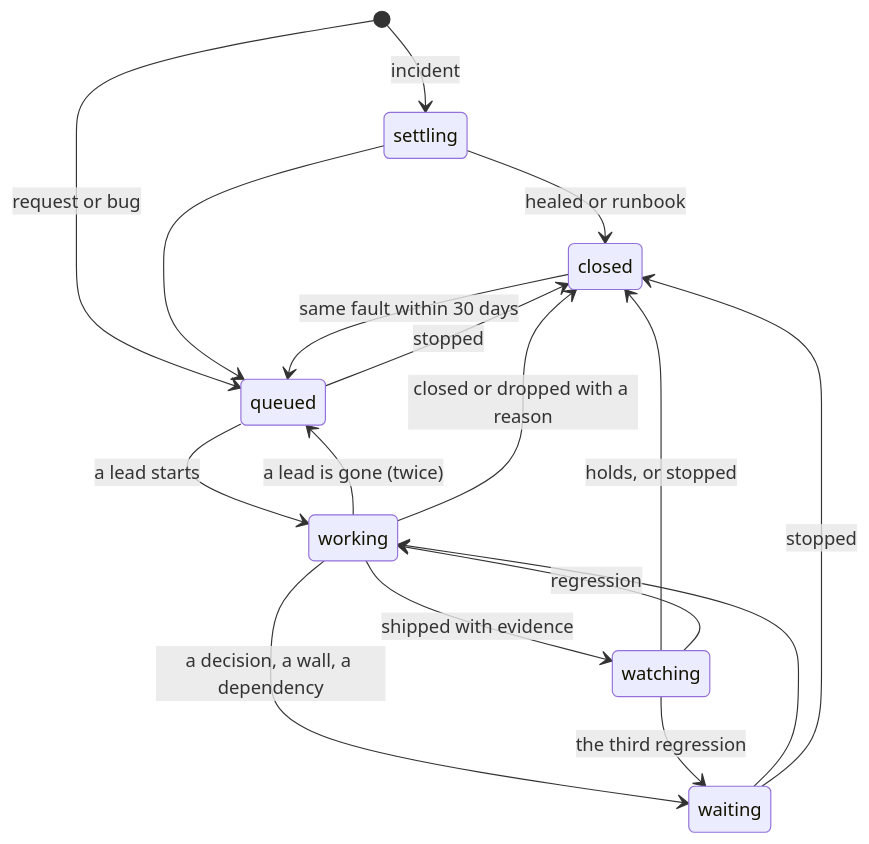
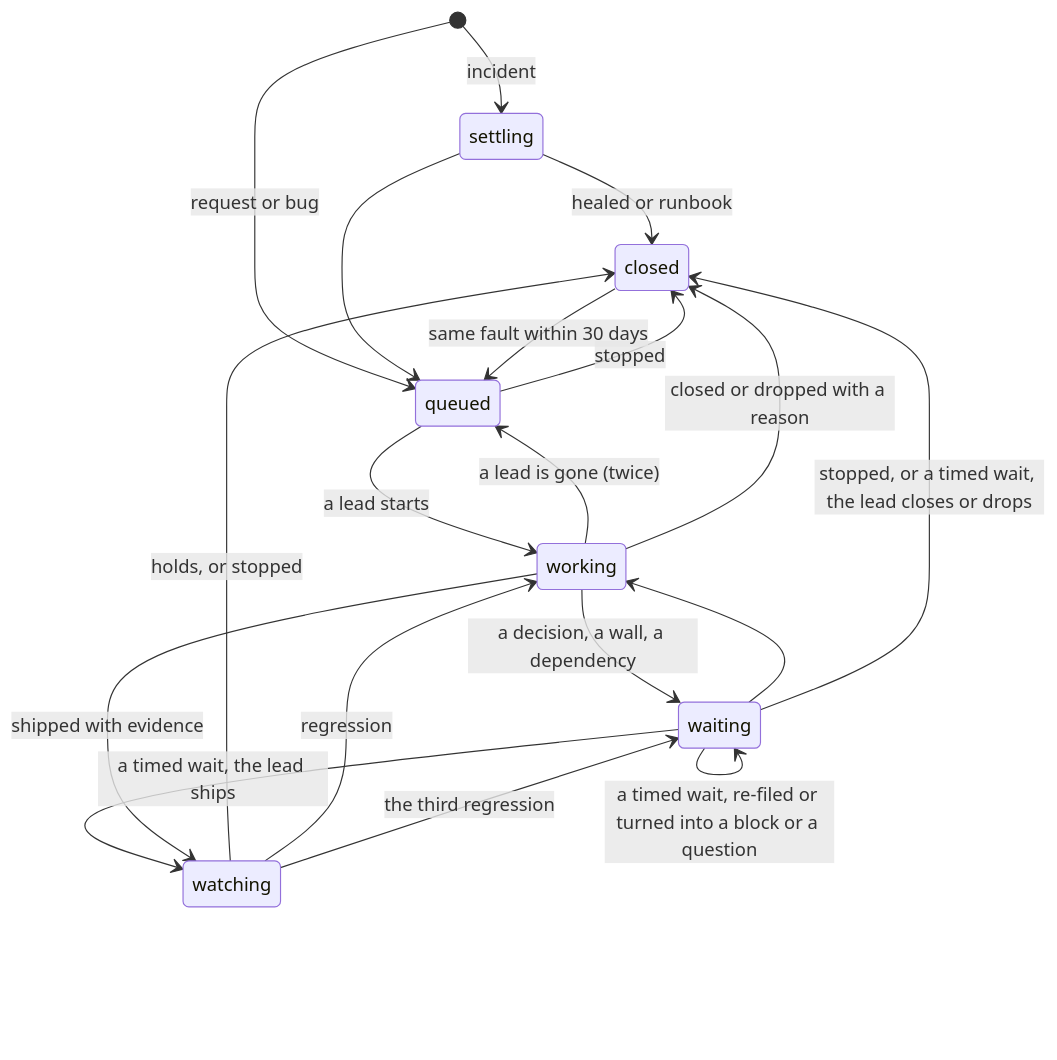
Before and after one commit to jkrumm/software-factory: the second of 2 diagrams in docs/design.md, drawn with Mermaid. The commit also changed other lines of this file and 6 other files, not shown here.

Commit message:
feat(issues): end a timed wait early, by the lead's verbs or the owner's note --wake

````diff
--- a/docs/design.md
+++ b/docs/design.md
@@ -658,19 +658,21 @@
 ```mermaid
 stateDiagram-v2
   [*] --> settling: incident
   [*] --> queued: request or bug
   settling --> closed: healed or runbook
   settling --> queued
   queued --> working: a lead starts
   queued --> closed: stopped
   working --> waiting: a decision, a wall, a dependency
   working --> queued: a lead is gone (twice)
   waiting --> working
-  waiting --> closed: stopped
+  waiting --> waiting: a timed wait, re-filed or turned into a block or a question
+  waiting --> watching: a timed wait, the lead ships
+  waiting --> closed: stopped, or a timed wait, the lead closes or drops
   working --> watching: shipped with evidence
   working --> closed: closed or dropped with a reason
   watching --> closed: holds, or stopped
   watching --> working: regression
   watching --> waiting: the third regression
   closed --> queued: same fault within 30 days
 ```
````
